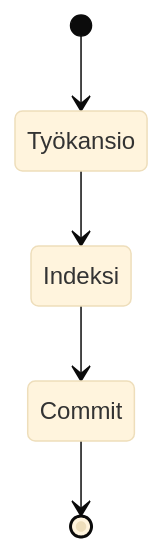
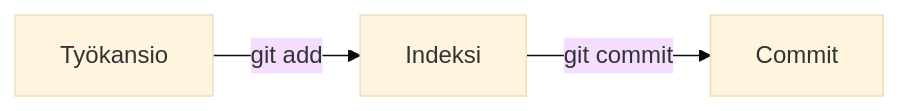
One commit to ship-it-580/GitandGithub changed the first of 2 diagrams in README.md. Above: the diagram before and after it, drawn with Mermaid (base theme). The commit also changed other lines of this file, not shown here.

Commit message:
Update README.md
Parannettu indeksi commit kaavio

````diff
--- a/README.md
+++ b/README.md
@@ -17,7 +17,5 @@
 ```mermaid
-stateDiagram
-  [*] --> Työkansio
-  Työkansio --> Indeksi
-  Indeksi --> Commit
-  Commit --> [*]
+  graph LR
+  Työkansio --> |git add| Indeksi
+  Indeksi --> |git commit| Commit
  ```
````
